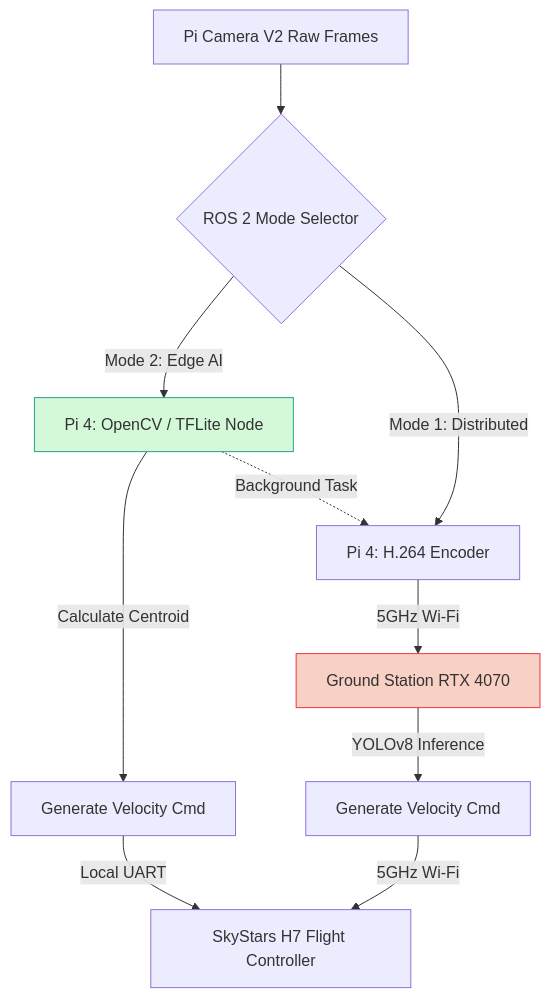
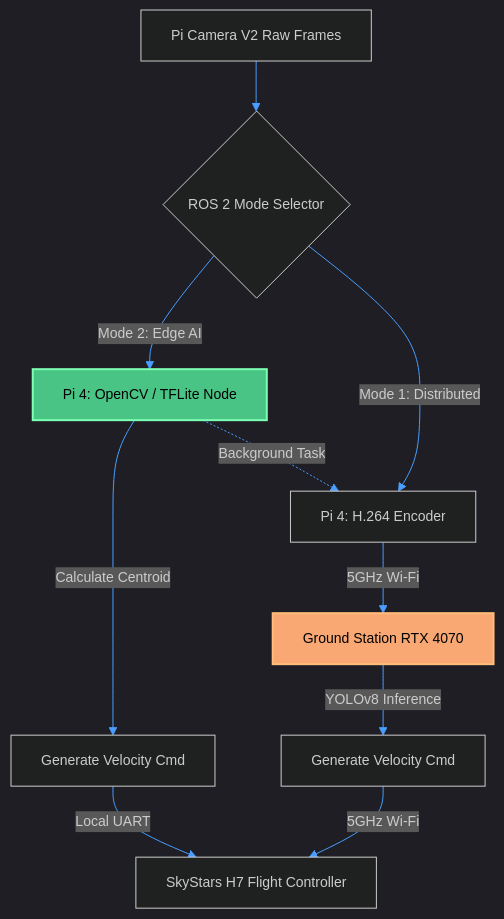
The third of 3 diagrams in docs/Trade_Studies/04_Companion_Computer_AI.md (ironLegion88/Autonomous-UAV), drawn with Mermaid before and after one commit. The commit also changed other lines of this file and 10 other files, not shown here.

Commit message:
docs: Improve Mermaid theming contrast

````diff
--- a/docs/Trade_Studies/04_Companion_Computer_AI.md
+++ b/docs/Trade_Studies/04_Companion_Computer_AI.md
@@ -101,21 +103,22 @@
 ```mermaid
+%%{init: {'theme': 'dark', 'themeVariables': {'fontSize': '14px', 'primaryColor': '#1e1e1e', 'primaryTextColor': '#ffffff', 'primaryBorderColor': '#4a9eff', 'lineColor': '#4a9eff'}, 'flowchart': {'useMaxWidth': true}}}%%
 flowchart TD
     CAM[Pi Camera V2 Raw Frames] --> SPLIT{ROS 2 Mode Selector}
     
     %% MODE 2: On-board AI
     SPLIT -->|Mode 2: Edge AI| ONBOARD[Pi 4: OpenCV / TFLite Node]
     ONBOARD -->|Calculate Centroid| VEL2[Generate Velocity Cmd]
     VEL2 -->|Local UART| FC[SkyStars H7 Flight Controller]
     
     %% MODE 1: Ground Station AI
     SPLIT -->|Mode 1: Distributed| ENC[Pi 4: H.264 Encoder]
     ENC -->|5GHz Wi-Fi| GS[Ground Station RTX 4070]
     GS -->|YOLOv8 Inference| VEL1[Generate Velocity Cmd]
     VEL1 -->|5GHz Wi-Fi| FC
     
     %% Monitoring
     ONBOARD -.->|Background Task| ENC
     
-    style ONBOARD fill:#d4f9d8,stroke:#2a9d8f
-    style GS fill:#f9d0c4,stroke:#e63946
+    style ONBOARD fill:#4ac485,stroke:#7cffb3,stroke-width:2px,color:#000000
+    style GS fill:#f9a873,stroke:#ffbc7a,stroke-width:2px,color:#000000
 ```
````
